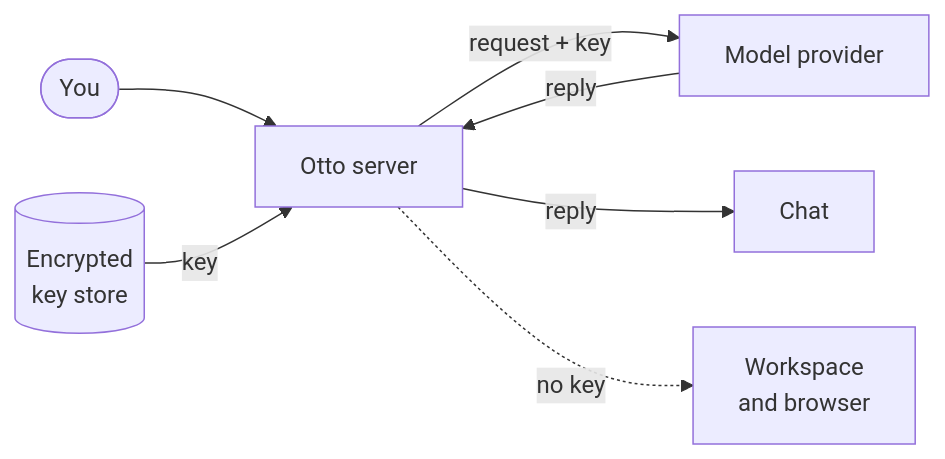
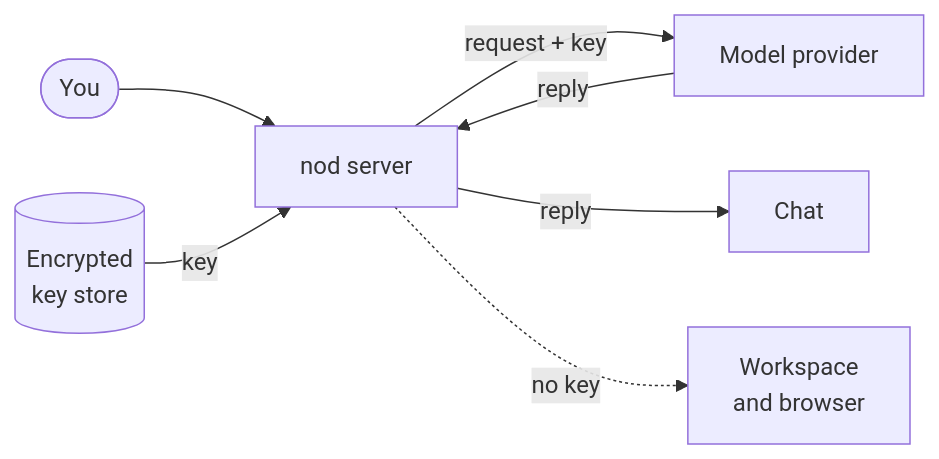
The diagram in docs/src/content/docs/connect/models.mdx (KrishBhimani/nod), drawn with Mermaid before and after one commit. The commit also changed other lines of this file and 380 other files, not shown here.

Commit message:
feat!: rename Otto to nod (#398)

````diff
--- a/docs/src/content/docs/connect/models.mdx
+++ b/docs/src/content/docs/connect/models.mdx
@@ -161,10 +161,10 @@
 ```mermaid
 flowchart LR
-  you([You]):::accent --> server[Otto server]
+  you([You]):::accent --> server[nod server]
   store[(Encrypted<br/>key store)]:::muted -- key --> server
   server -- request + key --> provider[Model provider]:::accent
   provider -- reply --> server
   server -- reply --> chat[Chat]
   sandbox[Workspace<br/>and browser]:::muted
   server -. no key .-> sandbox
 ```
````
